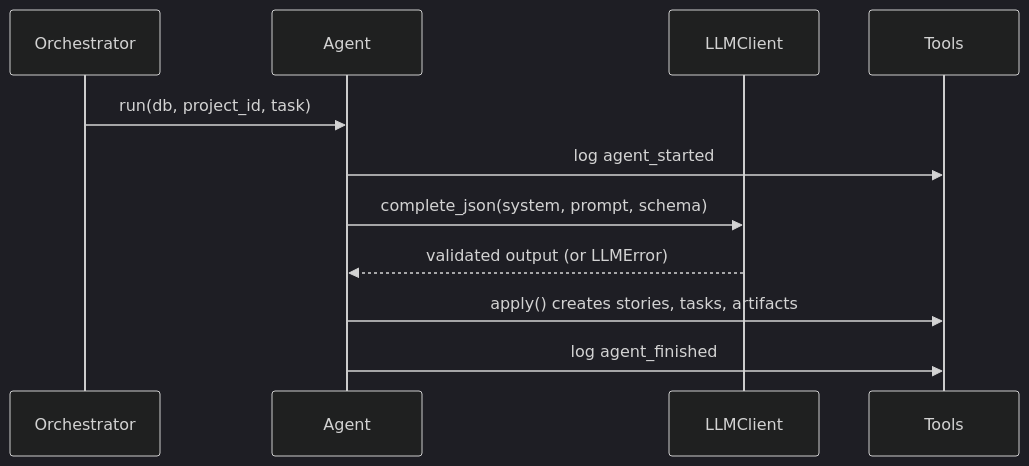
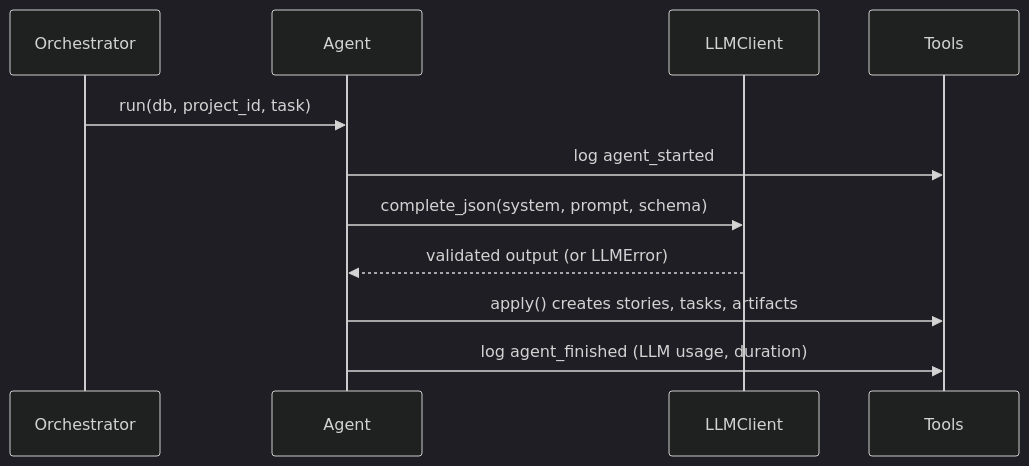
One commit to Muniya-64bit/scrum-agents-workbench changed the diagram in docs/agents.md. Above: the diagram before and after it, drawn with Mermaid (dark theme). The commit also changed other lines of this file and 4 other files, not shown here.

````diff
--- a/docs/agents.md
+++ b/docs/agents.md
@@ -18,13 +18,13 @@
 ```mermaid
 sequenceDiagram
   participant O as Orchestrator
   participant A as Agent
   participant L as LLMClient
   participant T as Tools
   O->>A: run(db, project_id, task)
   A->>T: log agent_started
   A->>L: complete_json(system, prompt, schema)
   L-->>A: validated output (or LLMError)
   A->>T: apply() creates stories, tasks, artifacts
-  A->>T: log agent_finished
+  A->>T: log agent_finished (LLM usage, duration)
 ```
````
